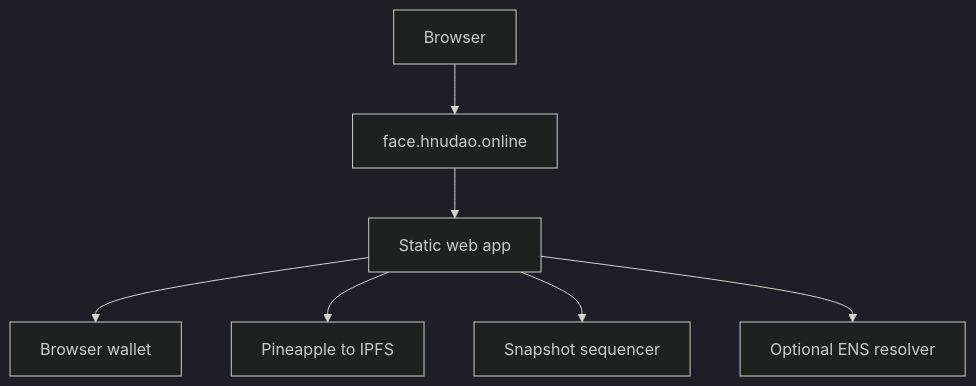
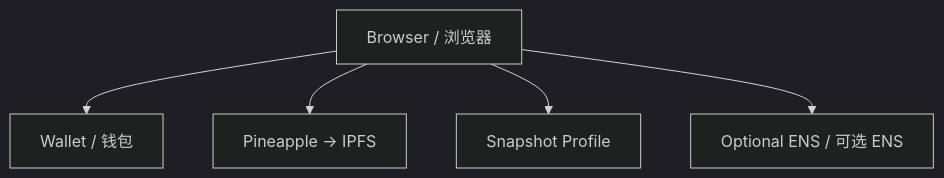
Before and after one commit to CryptographyBloke/ens-dns-bootstrap: the diagram in README.md, drawn with Mermaid (dark theme). The commit also changed other lines of this file, not shown here.

````diff
--- a/README.md
+++ b/README.md
@@ -167,9 +76,7 @@
 ```mermaid
 flowchart TD
-    A[Browser] --> B[face.hnudao.online]
-    B --> C[Static web app]
-    C --> D[Browser wallet]
-    C --> E[Pineapple to IPFS]
-    C --> F[Snapshot sequencer]
-    C --> G[Optional ENS resolver]
+    A[Browser / 浏览器] --> B[Wallet / 钱包]
+    A --> C[Pineapple → IPFS]
+    A --> D[Snapshot Profile]
+    A --> E[Optional ENS / 可选 ENS]
 ```
````
